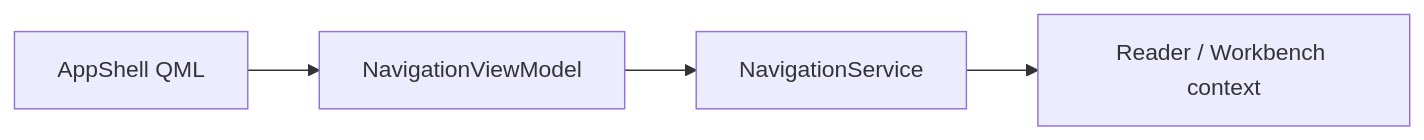
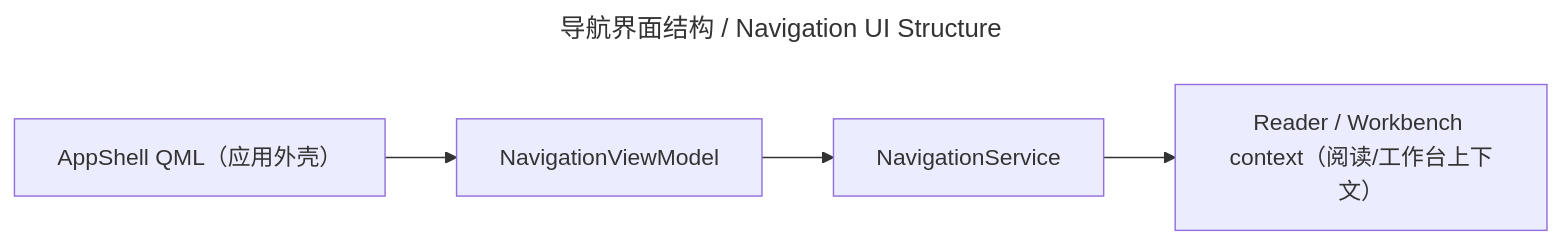
One commit to peakwheat-pixel/New-Manga changed the diagram in wiki/codewiki/navigation_ui.md. Above: the diagram before and after it, drawn with Mermaid. The commit also changed 16 other files, not shown here.

Commit message:
docs: apply bilingual diagram policy to CodeWiki diagrams

````diff
--- a/wiki/codewiki/navigation_ui.md
+++ b/wiki/codewiki/navigation_ui.md
@@ -35,6 +35,9 @@
 ```mermaid
+---
+title: 导航界面结构 / Navigation UI Structure
+---
 flowchart LR
-    QML["AppShell QML"] --> VM["NavigationViewModel"]
+    QML["AppShell QML（应用外壳）"] --> VM["NavigationViewModel"]
     VM --> SERVICE["NavigationService"]
-    SERVICE --> CONTEXT["Reader / Workbench context"]
+    SERVICE --> CONTEXT["Reader / Workbench context（阅读/工作台上下文）"]
 ```
````
